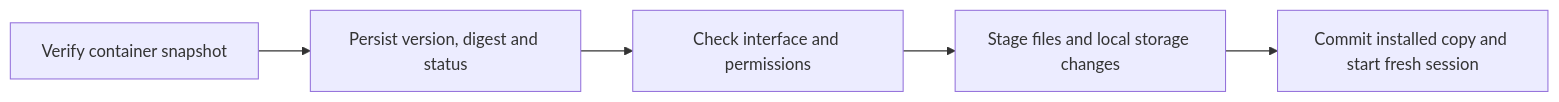
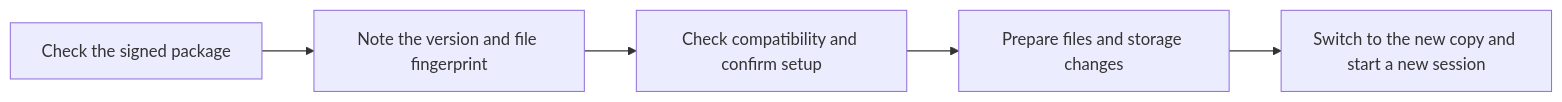
One commit to EVY-Platform/evy-freenet-plans changed the diagram in appkit/hosts.md. Above: the diagram before and after it, drawn with Mermaid. The commit also changed other lines of this file and 17 other files, not shown here.

````diff
--- a/appkit/hosts.md
+++ b/appkit/hosts.md
@@ -163,7 +96,7 @@
 ```mermaid
 flowchart LR
-    Fetch[Verify container snapshot] --> Observe[Persist version, digest and status]
-    Observe --> Check[Check interface and permissions]
-    Check --> Stage[Stage files and local storage changes]
-    Stage --> Switch[Commit installed copy and start fresh session]
+    Fetch[Check the signed package] --> Observe[Note the version and file fingerprint]
+    Observe --> Check[Check compatibility and confirm setup]
+    Check --> Stage[Prepare files and storage changes]
+    Stage --> Switch[Switch to the new copy and start a new session]
 ```
````
